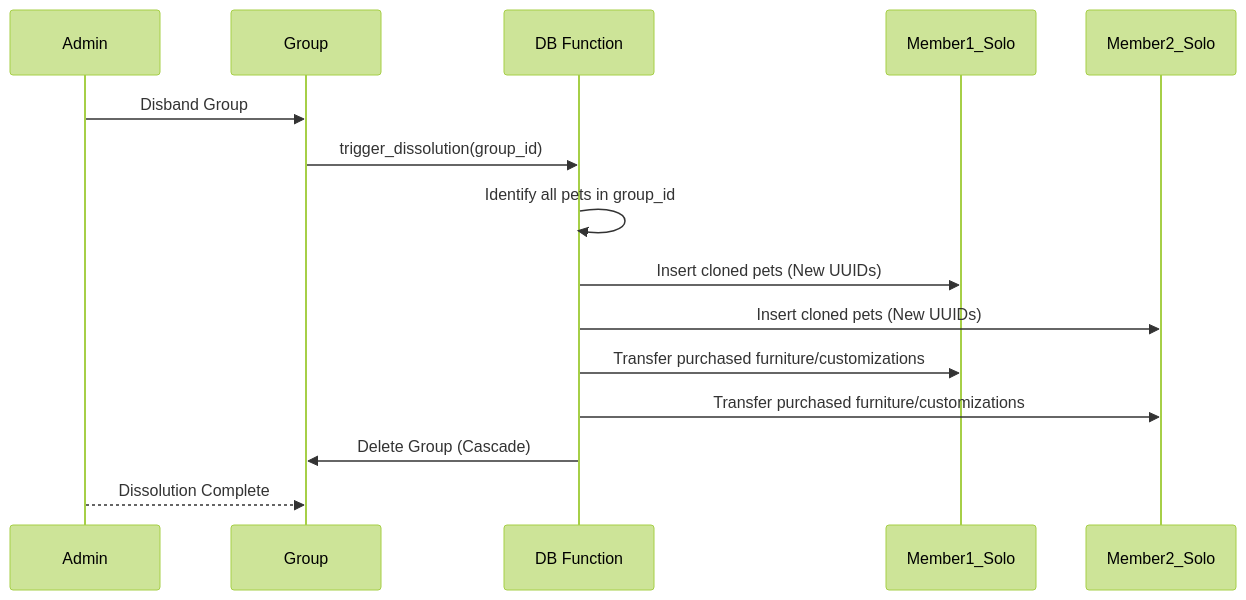
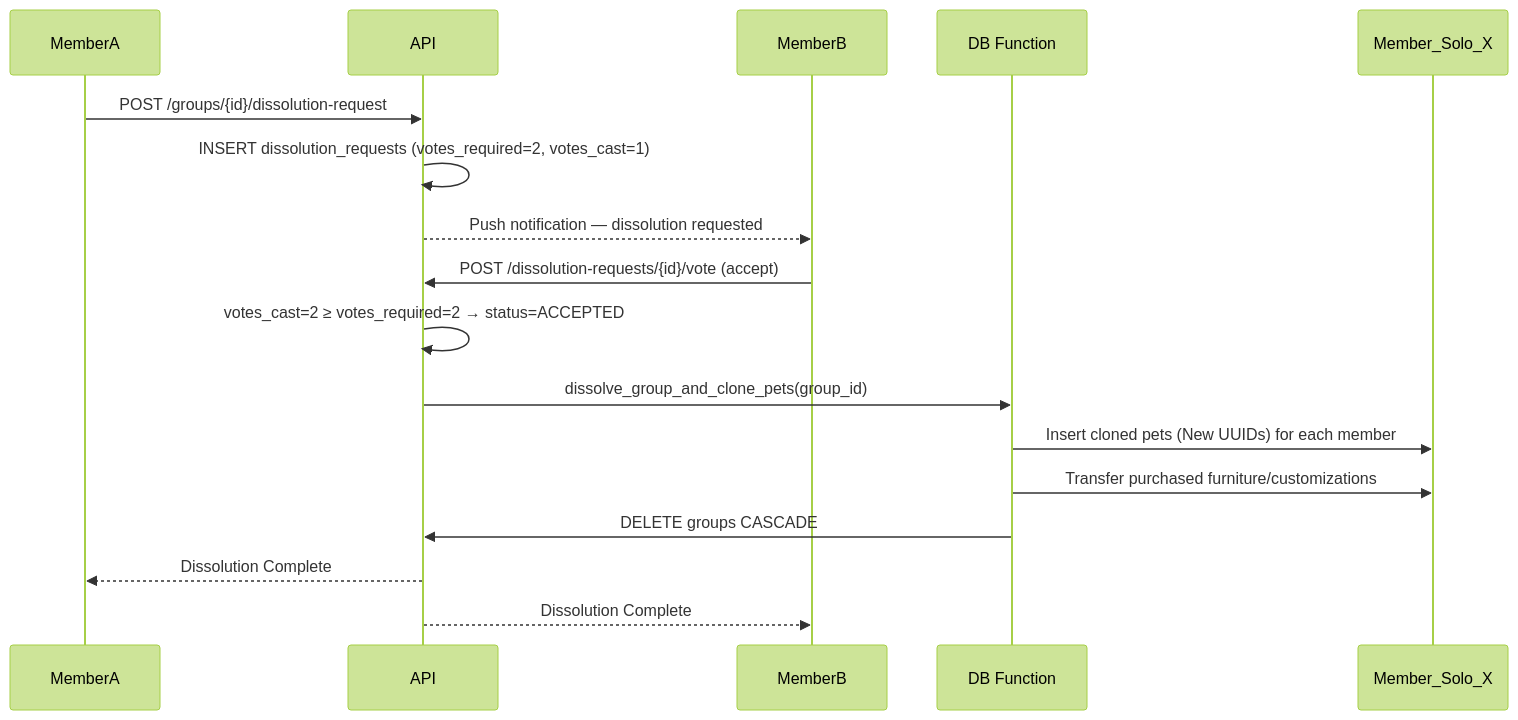
One commit to TheMrCorvy/HATCH.REF changed the diagram in Documentation/Ownership/02-group-dissolution-and-cloning.md. Above: the diagram before and after it, drawn with Mermaid (forest theme). The commit also changed other lines of this file and 11 other files, not shown here.

````diff
--- a/Documentation/Ownership/02-group-dissolution-and-cloning.md
+++ b/Documentation/Ownership/02-group-dissolution-and-cloning.md
@@ -22,18 +27,20 @@
 ```mermaid
 sequenceDiagram
-    participant Admin
-    participant Group
+    participant MemberA
+    participant API
+    participant MemberB
     participant DB Function
-    participant Member1_Solo
-    participant Member2_Solo
+    participant Member_Solo_X
 
-    Admin->>Group: Disband Group
-    Group->>DB Function: trigger_dissolution(group_id)
-    DB Function->>DB Function: Identify all pets in group_id
-    DB Function->>Member1_Solo: Insert cloned pets (New UUIDs)
-    DB Function->>Member2_Solo: Insert cloned pets (New UUIDs)
-    DB Function->>Member1_Solo: Transfer purchased furniture/customizations
-    DB Function->>Member2_Solo: Transfer purchased furniture/customizations
-    DB Function->>Group: Delete Group (Cascade)
-    Admin-->>Group: Dissolution Complete
+    MemberA->>API: POST /groups/{id}/dissolution-request
+    API->>API: INSERT dissolution_requests (votes_required=2, votes_cast=1)
+    API-->>MemberB: Push notification — dissolution requested
+    MemberB->>API: POST /dissolution-requests/{id}/vote (accept)
+    API->>API: votes_cast=2 ≥ votes_required=2 → status=ACCEPTED
+    API->>DB Function: dissolve_group_and_clone_pets(group_id)
+    DB Function->>Member_Solo_X: Insert cloned pets (New UUIDs) for each member
+    DB Function->>Member_Solo_X: Transfer purchased furniture/customizations
+    DB Function->>API: DELETE groups CASCADE
+    API-->>MemberA: Dissolution Complete
+    API-->>MemberB: Dissolution Complete
 ```
````
